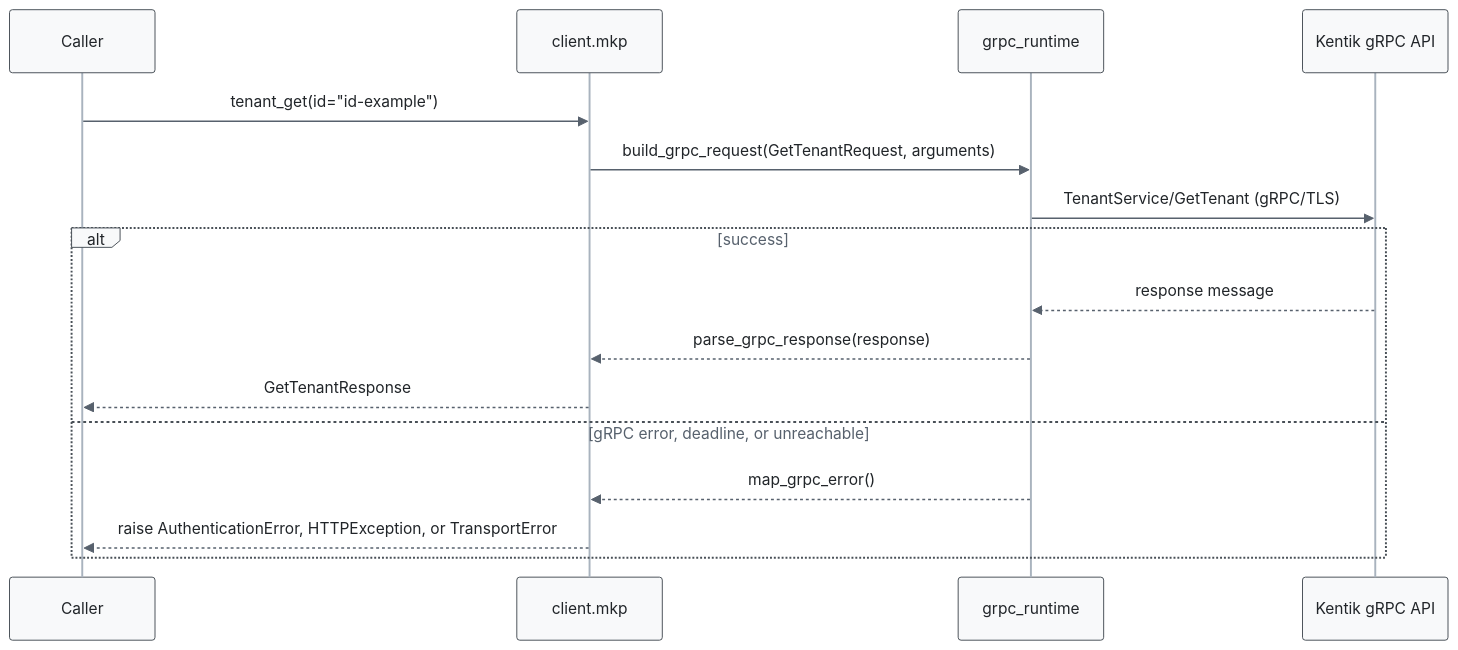
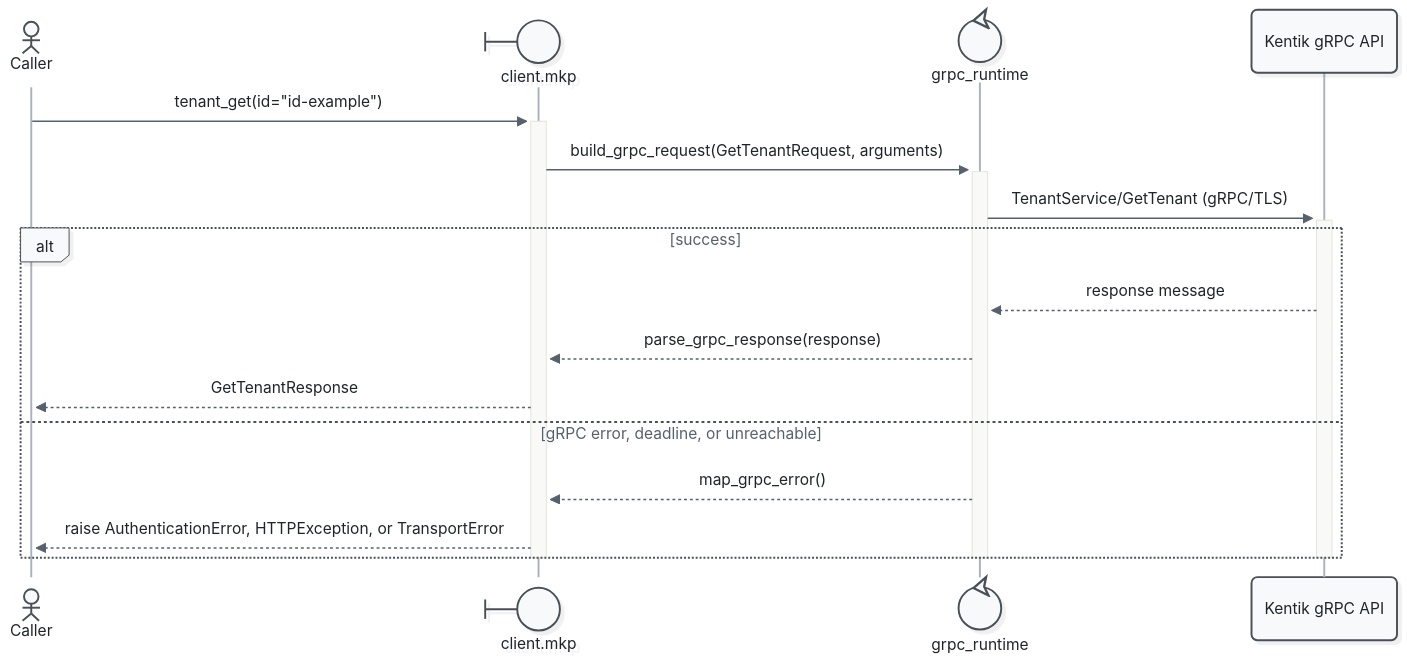
One commit to alexdearaujo/community_sdk_python changed diagram 16 of 29 in docs/sphinx/services/mkp.md. Above: the diagram before and after it, drawn with Mermaid. The commit also changed other lines of this file and 52 other files, not shown here.

First line of the commit message:
docs: Mermaid 12 sequence diagrams with participant types and path colors

````diff
--- a/docs/sphinx/services/mkp.md
+++ b/docs/sphinx/services/mkp.md
@@ -592,20 +629,23 @@
 ```mermaid
-%%{init: {"theme": "base", "fontFamily": "ui-monospace, SFMono-Regular, Menlo, monospace", "themeVariables": {"fontFamily": "ui-monospace, SFMono-Regular, Menlo, monospace", "primaryColor": "#f8f9fa", "primaryBorderColor": "#495057", "primaryTextColor": "#212529", "textColor": "#212529", "lineColor": "#77818c", "edgeLabelBackground": "#ffffff", "actorBkg": "#f8f9fa", "actorBorder": "#495057", "actorTextColor": "#212529", "actorLineColor": "#a9b3be", "signalColor": "#57616d", "signalTextColor": "#212529", "labelBoxBkgColor": "#f8f9fa", "labelBoxBorderColor": "#495057", "labelTextColor": "#212529", "loopTextColor": "#57616d", "noteBkgColor": "#fff9db", "noteBorderColor": "#f08c00", "noteTextColor": "#a35a00"}, "flowchart": {"curve": "step", "nodeSpacing": 30, "rankSpacing": 70, "wrappingWidth": 400}}}%%
+%%{init: {"theme": "redux", "look": "neo", "layout": "dagre", "fontFamily": "ui-monospace, SFMono-Regular, Menlo, monospace", "themeVariables": {"fontFamily": "ui-monospace, SFMono-Regular, Menlo, monospace", "primaryColor": "#f8f9fa", "primaryBorderColor": "#495057", "primaryTextColor": "#212529", "textColor": "#212529", "lineColor": "#77818c", "edgeLabelBackground": "#ffffff", "actorBkg": "#f8f9fa", "actorBorder": "#495057", "actorTextColor": "#212529", "actorLineColor": "#a9b3be", "signalColor": "#57616d", "signalTextColor": "#212529", "labelBoxBkgColor": "#f8f9fa", "labelBoxBorderColor": "#495057", "labelTextColor": "#212529", "loopTextColor": "#57616d", "noteBkgColor": "#fff9db", "noteBorderColor": "#f08c00", "noteTextColor": "#a35a00"}, "sequence": {"activationWidth": 16}, "flowchart": {"curve": "step", "nodeSpacing": 30, "rankSpacing": 70, "wrappingWidth": 400}}}%%
 sequenceDiagram
-    participant C as Caller
-    participant W as client.mkp
-    participant R as grpc_runtime
+    actor C as Caller
+    participant W@{ "type": "boundary" } as client.mkp
+    participant R@{ "type": "control" } as grpc_runtime
     participant API as Kentik gRPC API
 
-    C->>W: tenant_get(id="id-example")
-    W->>R: build_grpc_request(GetTenantRequest, arguments)
-    R->>API: TenantService/GetTenant (gRPC/TLS)
+    C->>+W: tenant_get(id="id-example")
+    W->>+R: build_grpc_request(GetTenantRequest, arguments)
+    R->>+API: TenantService/GetTenant (gRPC/TLS)
     alt success
         API-->>R: response message
         R-->>W: parse_grpc_response(response)
         W-->>C: GetTenantResponse
     else gRPC error, deadline, or unreachable
         R-->>W: map_grpc_error()
         W-->>C: raise AuthenticationError, HTTPException, or TransportError
     end
+    deactivate API
+    deactivate R
+    deactivate W
 ```
````
